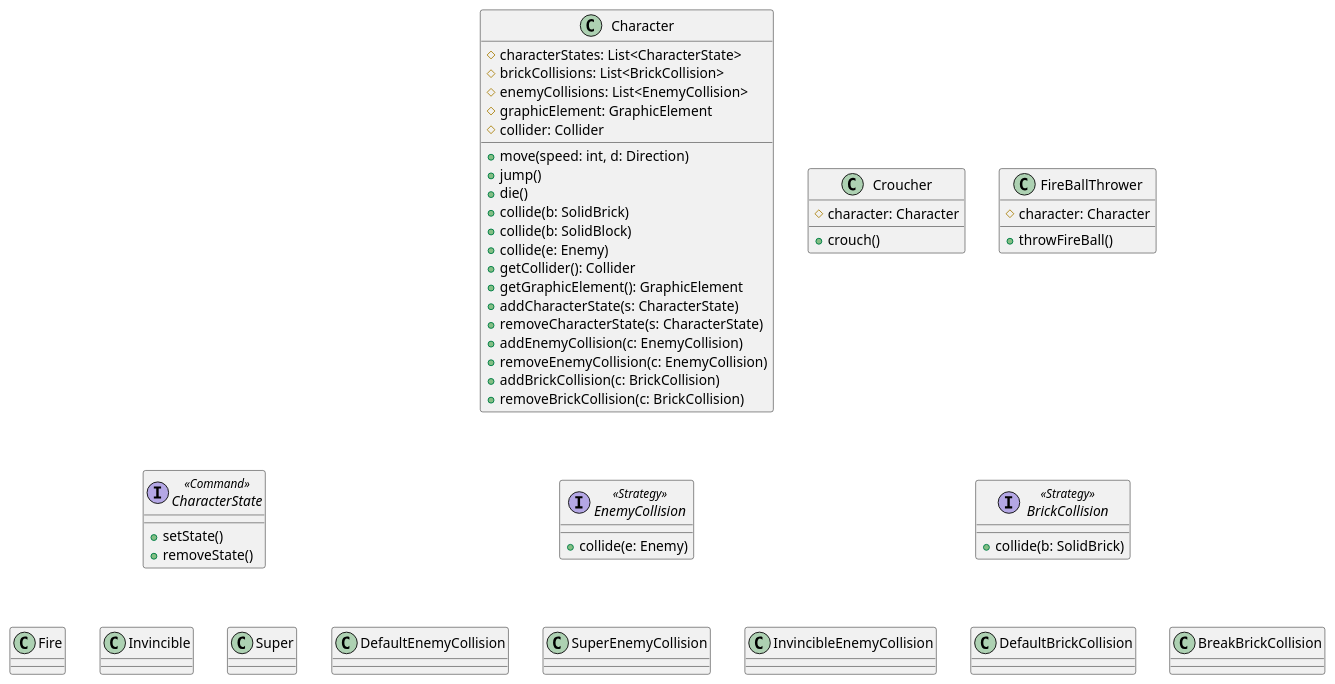
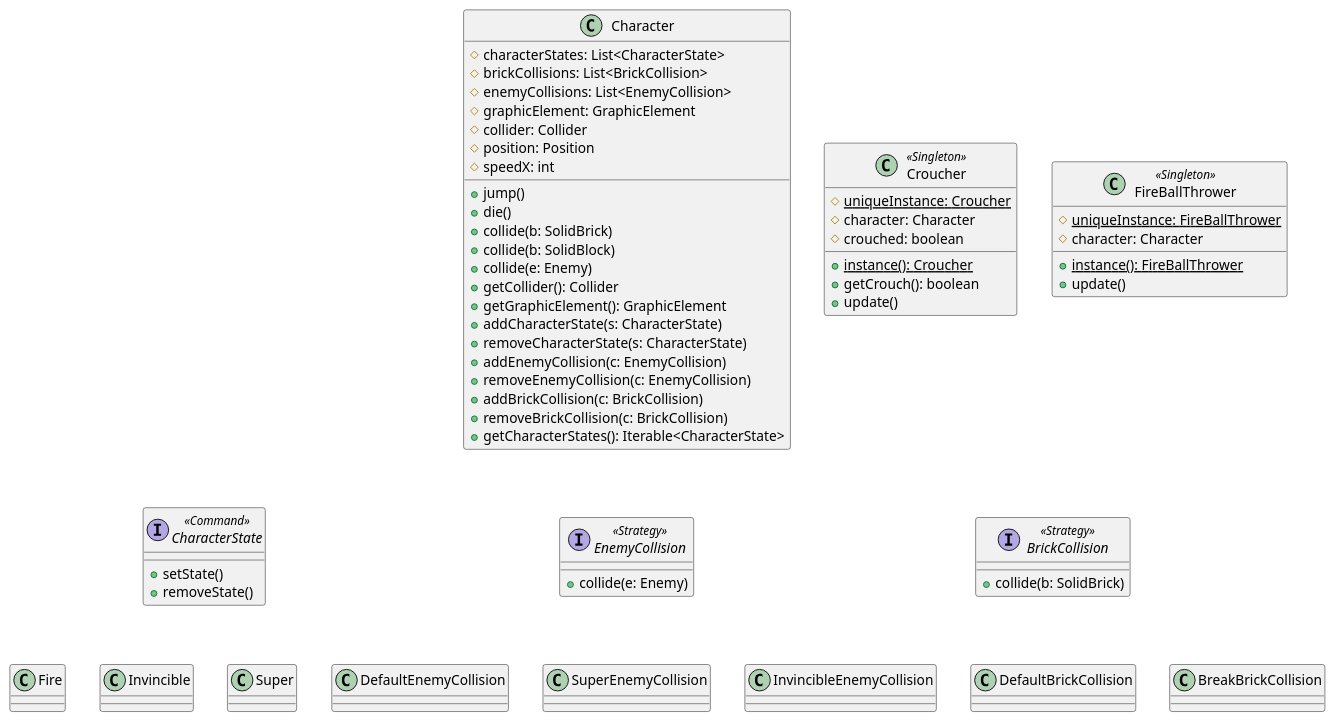
One commit to giuli635/SuperMarioBros changed the diagram in Diagramas/diagrama-extendido-character.puml. Above: the diagram before and after it, drawn with PlantUML. The commit also changed 4 other files, not shown here.

Commit message:
Diagramas de Secuencia

```diff
--- a/Diagramas/diagrama-extendido-character.puml
+++ b/Diagramas/diagrama-extendido-character.puml
@@ -1,64 +1,72 @@
 @startuml
 class Character {
     #characterStates: List<CharacterState>
     #brickCollisions: List<BrickCollision>
     #enemyCollisions: List<EnemyCollision>
     #graphicElement: GraphicElement
     #collider: Collider
-    +move(speed: int, d: Direction)
+    #position: Position
+    #speedX: int
     +jump()
     +die()
     +collide(b: SolidBrick)
     +collide(b: SolidBlock)
     +collide(e: Enemy)
     +getCollider(): Collider
     +getGraphicElement(): GraphicElement
     +addCharacterState(s: CharacterState)
     +removeCharacterState(s: CharacterState)
     +addEnemyCollision(c: EnemyCollision)
     +removeEnemyCollision(c: EnemyCollision)
     +addBrickCollision(c: BrickCollision)
     +removeBrickCollision(c: BrickCollision)
+    +getCharacterStates(): Iterable<CharacterState>
 }
 
 interface BrickCollision <<Strategy>> {
     +collide(b: SolidBrick)
 }
 
 DefaultBrickCollision .u[hidden].|> BrickCollision
 BreakBrickCollision .u[hidden].|> BrickCollision
 
 interface EnemyCollision <<Strategy>> {
     +collide(e: Enemy)
 }
 
 DefaultEnemyCollision .u[hidden].|> EnemyCollision
 SuperEnemyCollision .u[hidden].|> EnemyCollision
 InvincibleEnemyCollision .u[hidden].|> EnemyCollision
 
 together {
-    class FireBallThrower {
+    class FireBallThrower <<Singleton>> {
+        #{static} uniqueInstance: FireBallThrower
+        +{static} instance(): FireBallThrower
         #character: Character
-        +throwFireBall()
+        +update()
     }
 
-    class Croucher {
+    class Croucher <<Singleton>> {
+        #{static} uniqueInstance: Croucher
+        +{static} instance(): Croucher
         #character: Character
-        +crouch()
+        #crouched: boolean
+        +getCrouch(): boolean
+        +update()
     }
 }
 
 interface CharacterState <<Command>> {
     +setState()
     +removeState()
 }
 
 Fire .u[hidden].|> CharacterState
 Invincible .u[hidden].|> CharacterState
 Super .u[hidden].|> CharacterState
 
 ' FORMATTING
 Character -d[hidden]-> BrickCollision
 Character -d[hidden]-> EnemyCollision
 Character -d[hidden]-> CharacterState
 @enduml
```
